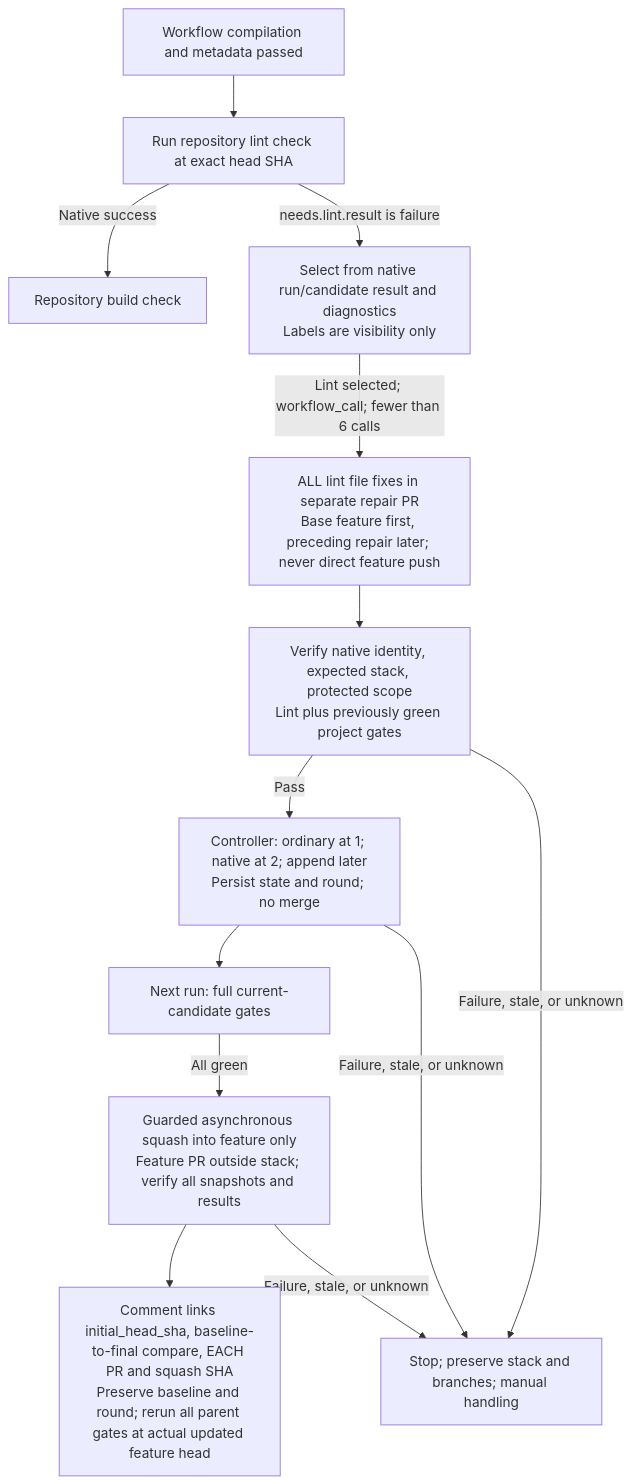
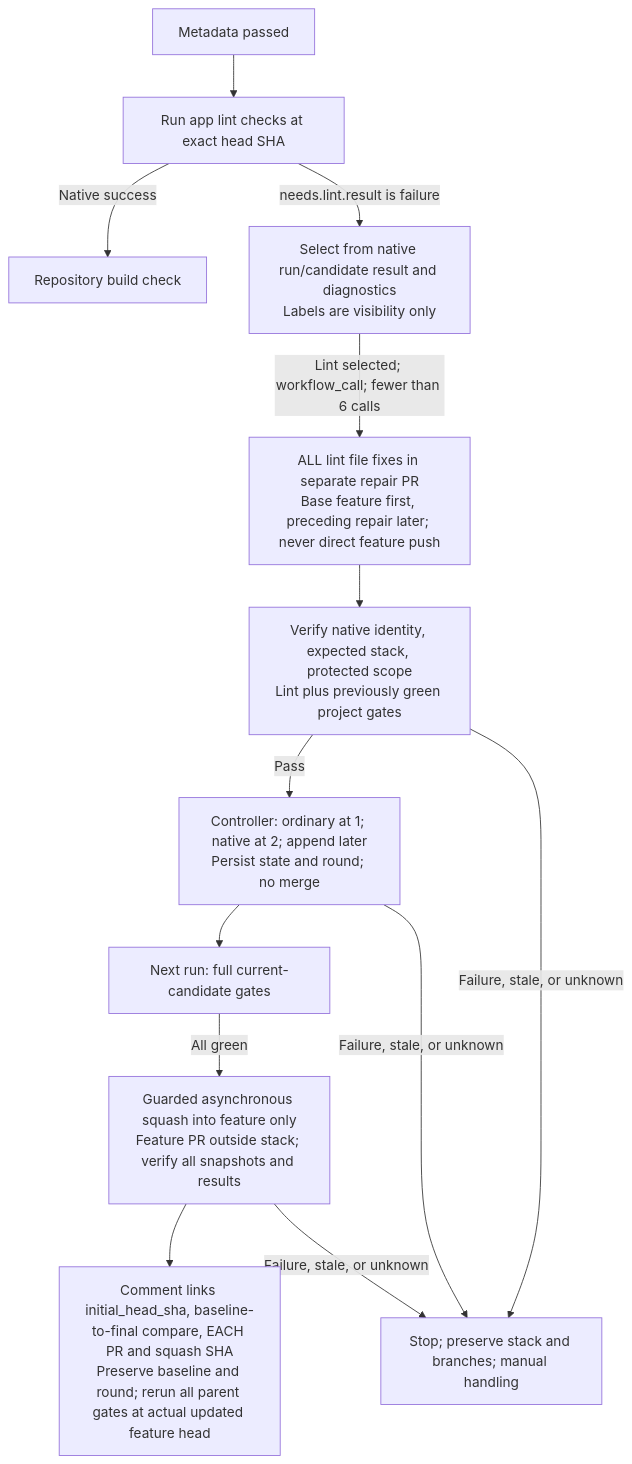
Before and after one commit to SitoaderOrg/ForgeFlow: the diagram in docs/pr-lint-and-fixer.md, drawn with Mermaid. The commit also changed other lines of this file and 23 other files, not shown here.

````diff
--- a/docs/pr-lint-and-fixer.md
+++ b/docs/pr-lint-and-fixer.md
@@ -9,13 +9,13 @@
 ```mermaid
 flowchart TD
-    Metadata["Workflow compilation and metadata passed"] --> Lint["Run repository lint check at exact head SHA"]
+    Metadata["Metadata passed"] --> Lint["Run app lint checks at exact head SHA"]
     Lint -->|Native success| Build["Repository build check"]
     Lint -->|"needs.lint.result is failure"| Findings["Select from native run/candidate result and diagnostics<br/>Labels are visibility only"]
     Findings -->|"Lint selected; workflow_call; fewer than 6 calls"| Repair["ALL lint file fixes in separate repair PR<br/>Base feature first, preceding repair later; never direct feature push"]
     Repair --> Scoped["Verify native identity, expected stack, protected scope<br/>Lint plus previously green project gates"]
     Scoped -->|Pass| Register["Controller: ordinary at 1; native at 2; append later<br/>Persist state and round; no merge"]
     Register --> Candidate["Next run: full current-candidate gates"]
     Candidate -->|All green| Land["Guarded asynchronous squash into feature only<br/>Feature PR outside stack; verify all snapshots and results"]
     Land --> Recheck["Comment links initial_head_sha, baseline-to-final compare, EACH PR and squash SHA<br/>Preserve baseline and round; rerun all parent gates at actual updated feature head"]
     Scoped & Register & Land -->|"Failure, stale, or unknown"| Stop["Stop; preserve stack and branches; manual handling"]
 ```
````
